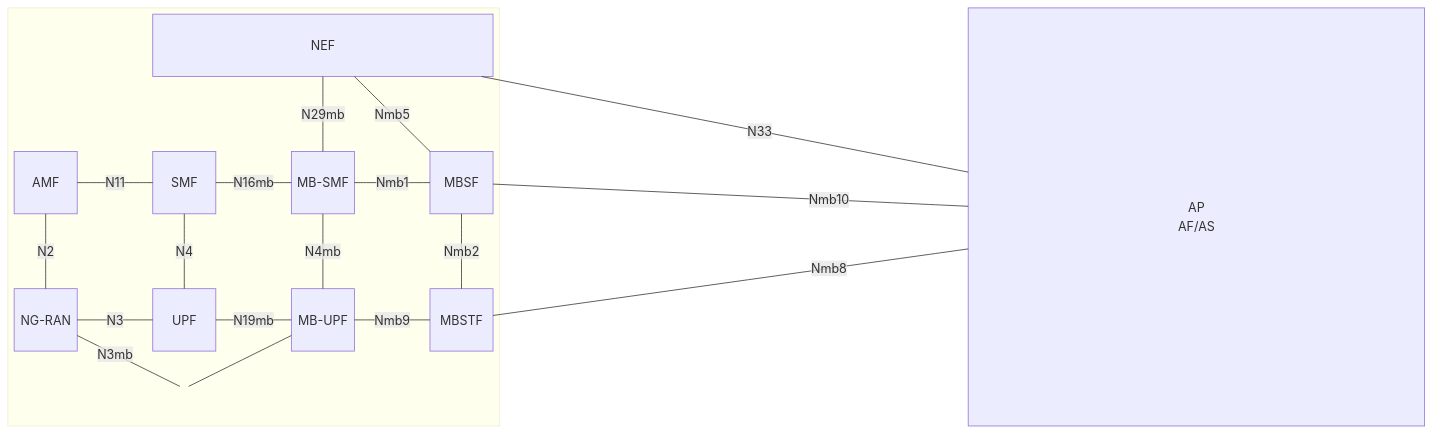
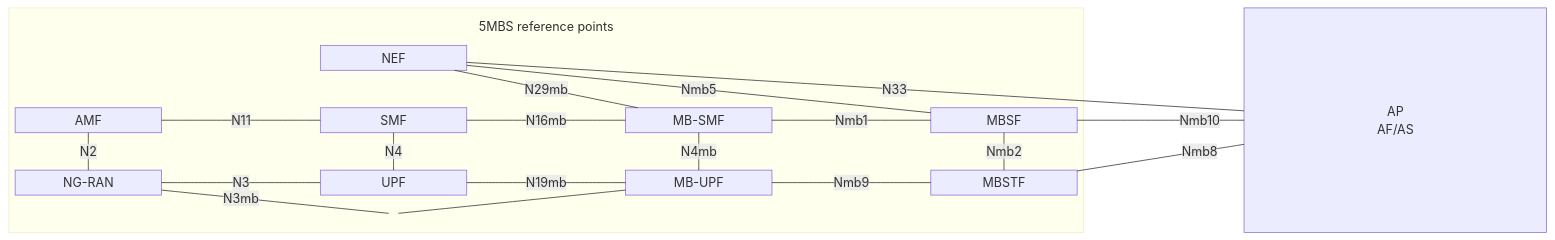
The first of 2 diagrams in pages/5g-multicast-broadcast-services/tutorials/mbstf.md (5G-MAG/Getting-Started), drawn with Mermaid before and after one commit.

Commit message:
MBSTF-tutorial: Architecture diagram improvements

````diff
--- a/pages/5g-multicast-broadcast-services/tutorials/mbstf.md
+++ b/pages/5g-multicast-broadcast-services/tutorials/mbstf.md
@@ -21,35 +21,40 @@
 ```mermaid
 ---
 title: "MBSTF and associated 5G NFs"
+block:
+  padding: 16
+  useMaxWidth: false
 ---
 block-beta
-  columns 3
-  block:g1
+  columns 10
+  block:g1:7
     columns 7
-    space space NEF["&nbsp;\nNEF\n&nbsp;"]:5
-    space space space space space space space
-    AMF["&nbsp;\nAMF\n&nbsp;"] space SMF["&nbsp;\nSMF\n&nbsp;"] space MBSMF["&nbsp;\nMB-SMF\n&nbsp;"] space MBSF["&nbsp;\nMBSF\n&nbsp;"]
-    space space space space space space space
-    RAN["&nbsp;\nNG-RAN\n&nbsp;"] space UPF["&nbsp;\nUPF\n&nbsp;"] space MBUPF["&nbsp;\nMB-UPF\n&nbsp;"] space MBSTF["&nbsp;\nMBSTF\n&nbsp;"]
-    space space invis1(("&nbsp;")) space space space space
+    space:3 text1["5MBS reference points"] space:3
+    space:2 NEF["NEF"]:5
+    space:7
+    AMF["AMF"] space SMF["SMF"] space MBSMF["MB-SMF"] space MBSF["MBSF"]
+    space:7
+    RAN["NG-RAN"] space UPF["UPF"] space MBUPF["MB-UPF"] space MBSTF["MBSTF"]
+    space:2 invis1(("&nbsp;")) space:4
   end
-  space AP["AP\nAF/AS"]
-  NEF<-- "N29mb" ---MBSMF
-  NEF<-- "Nmb5" ---MBSF
-  MBSF<-- "Nmb1" ---MBSMF
-  MBSMF<-- "N16mb" ---SMF
-  MBSF<-- "Nmb2" ---MBSTF
-  MBSMF<-- "N4mb" ---MBUPF
+  space AP["AP\nAF/AS"]:2
+  NEF-- "N29mb" ---MBSMF
+  NEF-- "Nmb5" ---MBSF
+  MBSF-- "Nmb1" ---MBSMF
+  MBSMF-- "N16mb" ---SMF
+  MBSF-- "Nmb2" ---MBSTF
+  MBSMF-- "N4mb" ---MBUPF
   MBSTF-- "Nmb9" ---MBUPF
   MBUPF-- "N19mb" ---UPF
   SMF-- "N4" ---UPF
   SMF-- "N11" ---AMF
   UPF-- "N3" ---RAN
   AMF-- "N2" ---RAN
   MBUPF---invis1
   invis1-- "N3mb" ---RAN
-  AP<-- "N33" ---NEF
-  AP<-- "Nmb10" ---MBSF
-  AP<-- "Nmb8" ---MBSTF
+  AP-- "N33" ---NEF
+  AP-- "Nmb10" ---MBSF
+  AP-- "Nmb8" ---MBSTF
   style invis1 fill:#0000,stroke:#0000,color:#0000
+  style text1 fill:#0000,stroke:#0000
 ```
````
